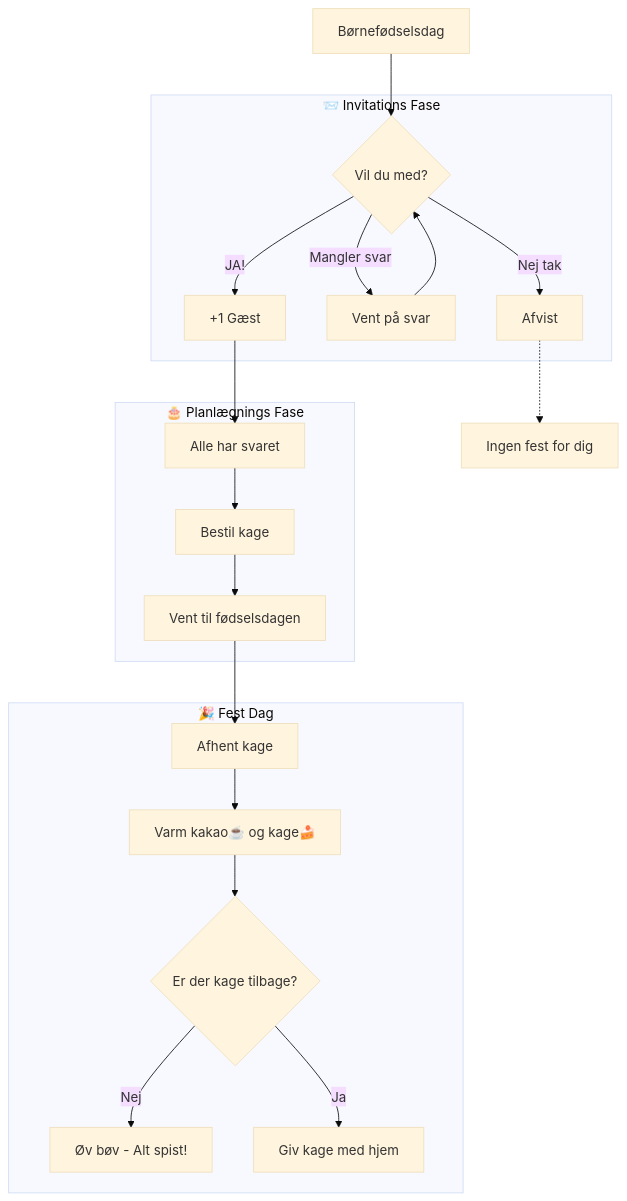
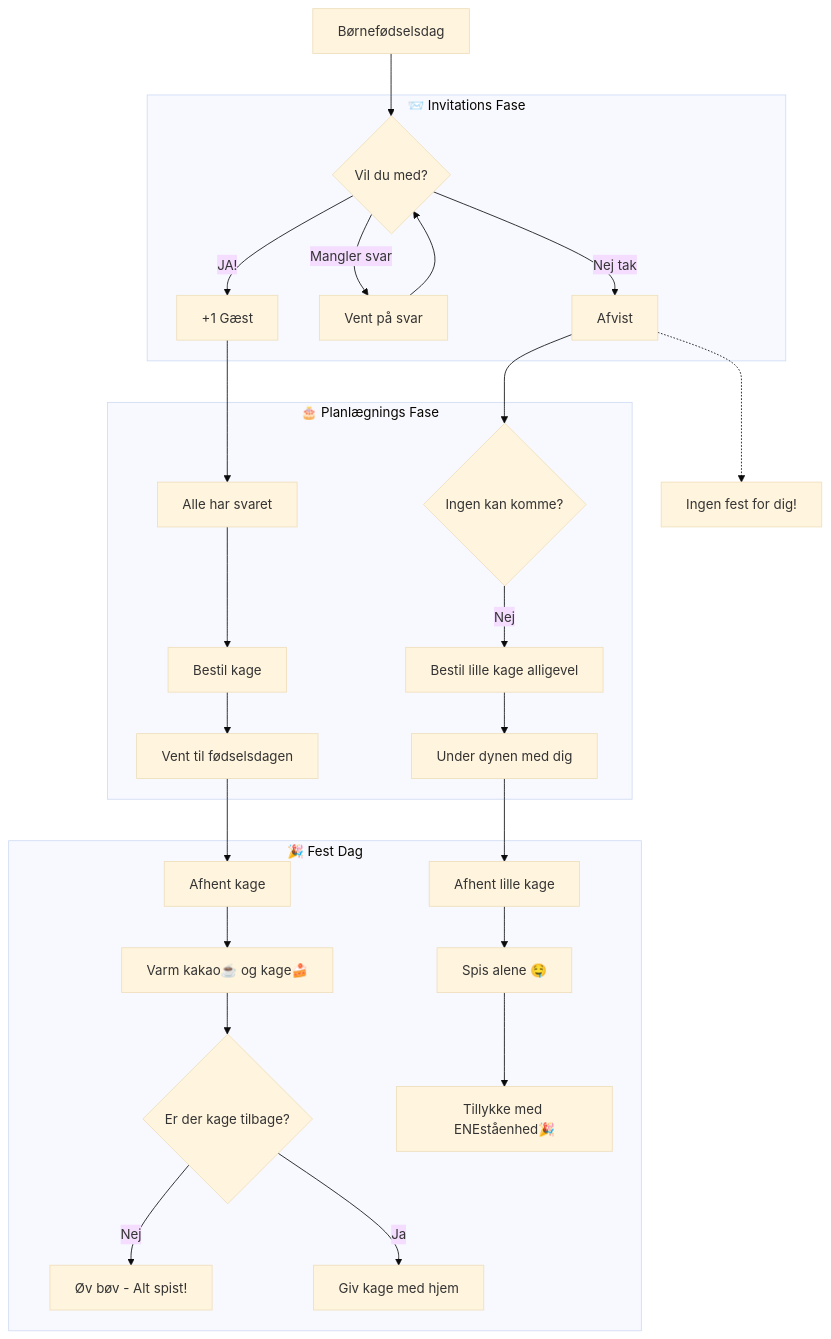
Before and after one commit to Rosenorn-Solutions/Praktik_Opgaver: the second of 2 diagrams in Opgaver_Guided/README.md, drawn with Mermaid (base theme). The commit also changed other lines of this file, not shown here.

````diff
--- a/Opgaver_Guided/README.md
+++ b/Opgaver_Guided/README.md
@@ -128,32 +128,40 @@
 ```mermaid
 flowchart TD
     A[Børnefødselsdag] --> B
     
     subgraph Invitation["📨 Invitations Fase"]
         B{Vil du med?}
         B -->|JA!| C[+1 Gæst]
         B -->|Mangler svar| D[Vent på svar]
         B -->|Nej tak| H[Afvist]
         D --> B
     end
     
     C --> E
+    H --> O
     
     subgraph Planlægning["🎂 Planlægnings Fase"]
         E[Alle har svaret]
         E --> F[Bestil kage]
         F --> G[Vent til fødselsdagen]
+        O{Ingen kan komme?}
+        O -->|Nej| P[Bestil lille kage alligevel]
+        P --> Q[Under dynen med dig]
     end
     
     G --> I
+    Q --> R
     
     subgraph Fest["🎉 Fest Dag"]
         I[Afhent kage]
         I --> N[Varm kakao☕️ og kage🍰]
         N --> J{Er der kage tilbage? }
         J -->|Nej| K[Øv bøv - Alt spist!]
         J -->|Ja| L[Giv kage med hjem ]
+        R[Afhent lille kage]
+        R --> S[Spis alene 🤤]
+        S --> T[Tillykke med ENEståenhed🎉]
     end
     
-    H -.-> M[Ingen fest for dig]
+    H -.-> M[Ingen fest for dig!]
 ```
````
